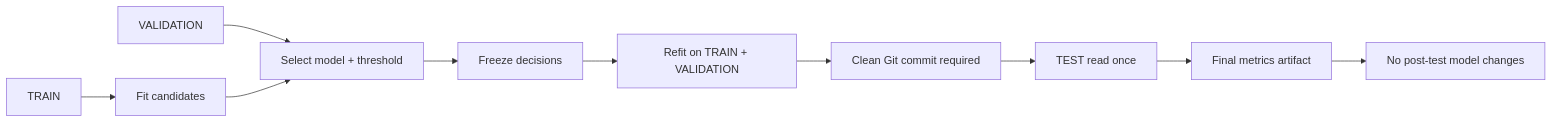
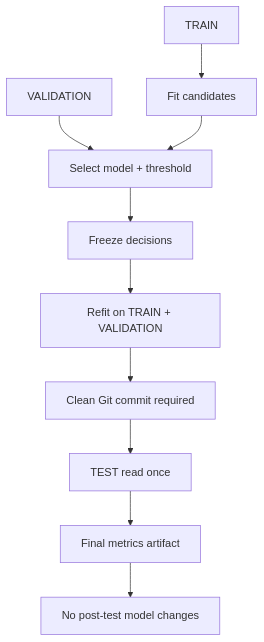
Before and after one commit to nikchey29/fulfillai: the third of 4 diagrams in docs/architecture.md, drawn with Mermaid. The commit also changed other lines of this file and 6 other files, not shown here.

Commit message:
docs: publish verified platform v2 architecture and evidence [skip ci]

````diff
--- a/docs/architecture.md
+++ b/docs/architecture.md
@@ -163,12 +163,12 @@
 ```mermaid
-flowchart LR
+flowchart TB
     TR[TRAIN] --> FIT[Fit candidates]
     VA[VALIDATION] --> SEL[Select model + threshold]
     FIT --> SEL
     SEL --> FR[Freeze decisions]
     FR --> RF[Refit on TRAIN + VALIDATION]
     RF --> GC[Clean Git commit required]
     GC --> TE[TEST read once]
     TE --> MR[Final metrics artifact]
     MR --> STOP[No post-test model changes]
 ```
````
